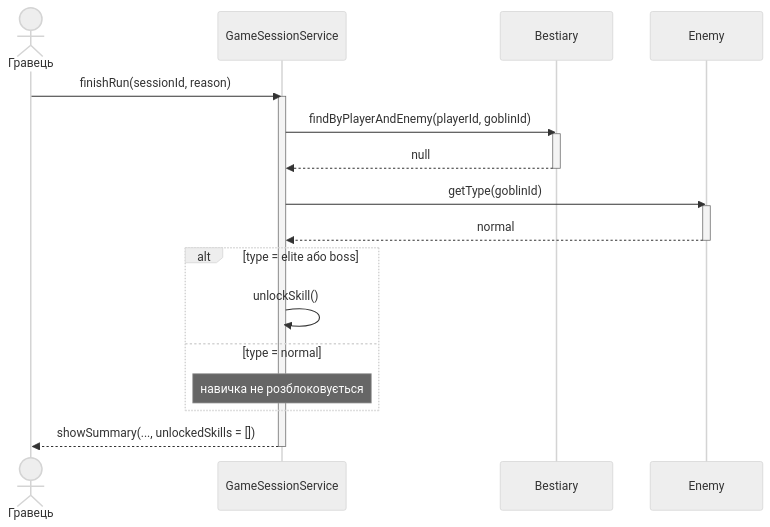
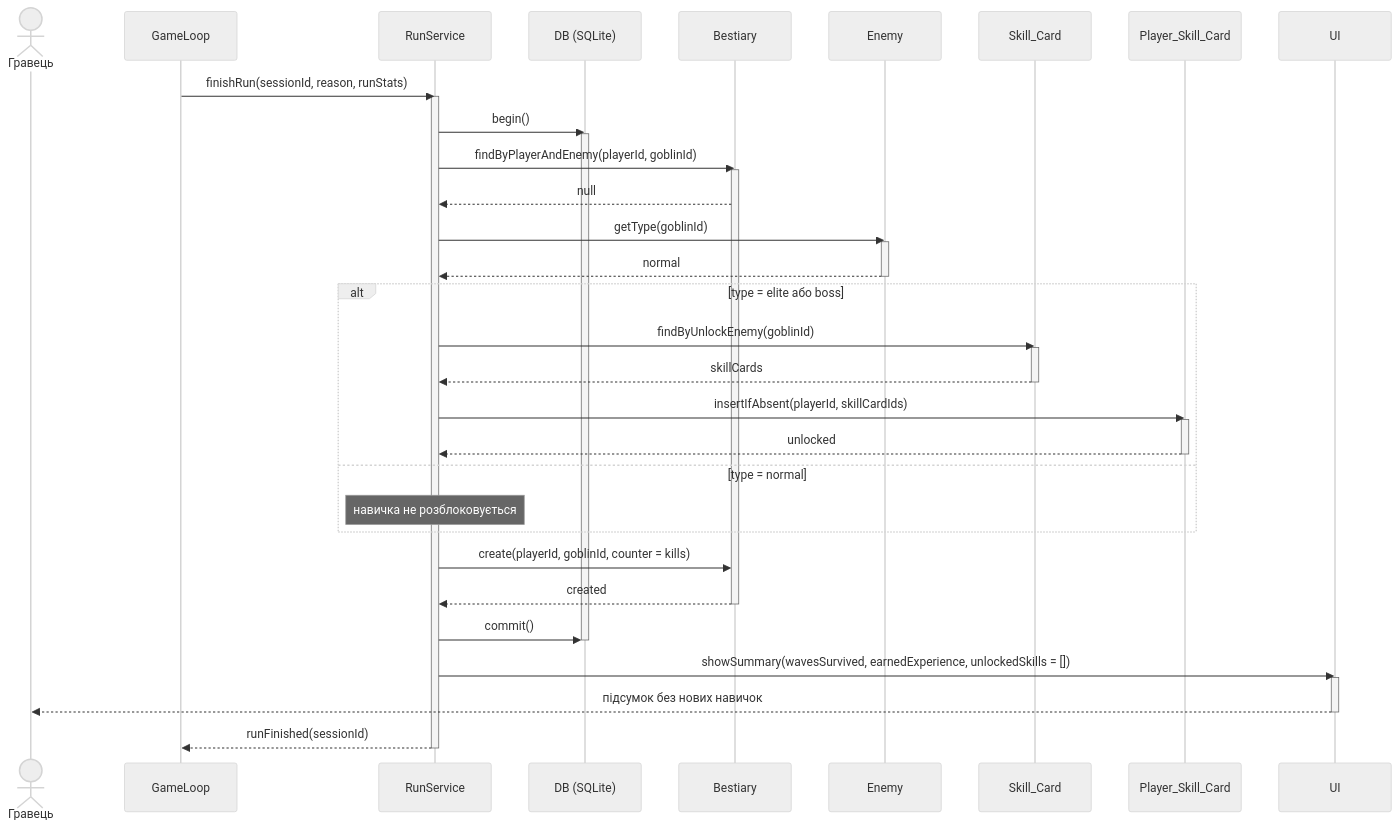
The diagram in Lab3/SC/SC-4 normal mob.md (Sk1y-1/KPI-2), drawn with Mermaid (neutral theme) before and after one commit.

Commit message:
Update sequence diagram for game run completion

````diff
--- a/Lab3/SC/SC-4 normal mob.md
+++ b/Lab3/SC/SC-4 normal mob.md
@@ -1,24 +1,46 @@
 ```mermaid
 sequenceDiagram
     actor P as Гравець
-    participant GS as GameSessionService
+    participant GL as GameLoop
+    participant RS as RunService
+    participant DB as DB (SQLite)
     participant B as Bestiary
     participant E as Enemy
-    P->>GS: finishRun(sessionId, reason)
-    activate GS
-    GS->>B: findByPlayerAndEnemy(playerId, goblinId)
+    participant SC as Skill_Card
+    participant PSC as Player_Skill_Card
+    participant UI as UI
+    GL->>RS: finishRun(sessionId, reason, runStats)
+    activate RS
+    RS->>DB: begin()
+    activate DB
+    RS->>B: findByPlayerAndEnemy(playerId, goblinId)
     activate B
-    B-->>GS: null
-    deactivate B
-    GS->>E: getType(goblinId)
+    B-->>RS: null
+    RS->>E: getType(goblinId)
     activate E
-    E-->>GS: normal
+    E-->>RS: normal
     deactivate E
     alt type = elite або boss
-        GS->>GS: unlockSkill()
+        RS->>SC: findByUnlockEnemy(goblinId)
+        activate SC
+        SC-->>RS: skillCards
+        deactivate SC
+        RS->>PSC: insertIfAbsent(playerId, skillCardIds)
+        activate PSC
+        PSC-->>RS: unlocked
+        deactivate PSC
     else type = normal
-        Note over GS: навичка не розблоковується
+        Note over RS: навичка не розблоковується
     end
-    GS-->>P: showSummary(..., unlockedSkills = [])
-    deactivate GS
+    RS->>B: create(playerId, goblinId, counter = kills)
+    B-->>RS: created
+    deactivate B
+    RS->>DB: commit()
+    deactivate DB
+    RS->>UI: showSummary(wavesSurvived, earnedExperience, unlockedSkills = [])
+    activate UI
+    UI-->>P: підсумок без нових навичок
+    deactivate UI
+    RS-->>GL: runFinished(sessionId)
+    deactivate RS
 ```
````
